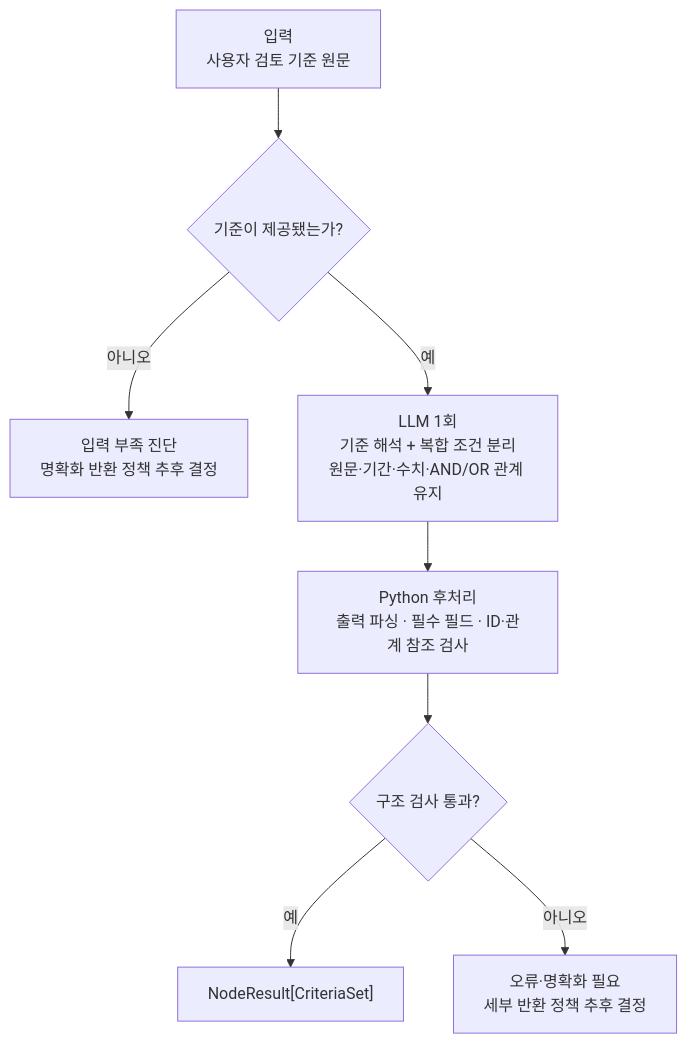
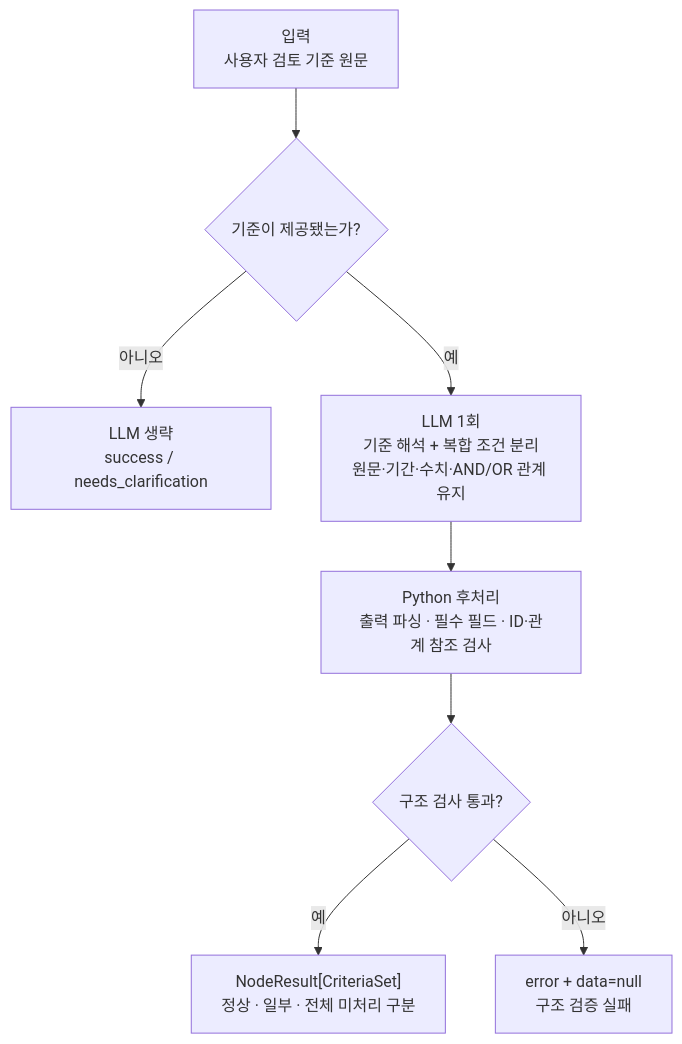
One commit to Jungminii-1114/ReportAnchor changed the diagram in docs/small-nodes/N-05.md. Above: the diagram before and after it, drawn with Mermaid. The commit also changed other lines of this file and 2 other files, not shown here.

Commit message:
docs: finalize N-05 all-unprocessable criteria outcomes

````diff
--- a/docs/small-nodes/N-05.md
+++ b/docs/small-nodes/N-05.md
@@ -123,10 +168,10 @@
 ```mermaid
 flowchart TD
     A["입력<br/>사용자 검토 기준 원문"] --> B{"기준이 제공됐는가?"}
-    B -->|아니오| X["입력 부족 진단<br/>명확화 반환 정책 추후 결정"]
+    B -->|아니오| X["LLM 생략<br/>success / needs_clarification"]
     B -->|예| C["LLM 1회<br/>기준 해석 + 복합 조건 분리<br/>원문·기간·수치·AND/OR 관계 유지"]
     C --> D["Python 후처리<br/>출력 파싱 · 필수 필드 · ID·관계 참조 검사"]
     D --> E{"구조 검사 통과?"}
-    E -->|예| F["NodeResult[CriteriaSet]"]
-    E -->|아니오| Y["오류·명확화 필요<br/>세부 반환 정책 추후 결정"]
+    E -->|예| F["NodeResult[CriteriaSet]<br/>정상 · 일부 · 전체 미처리 구분"]
+    E -->|아니오| Y["error + data=null<br/>구조 검증 실패"]
 ```
````
